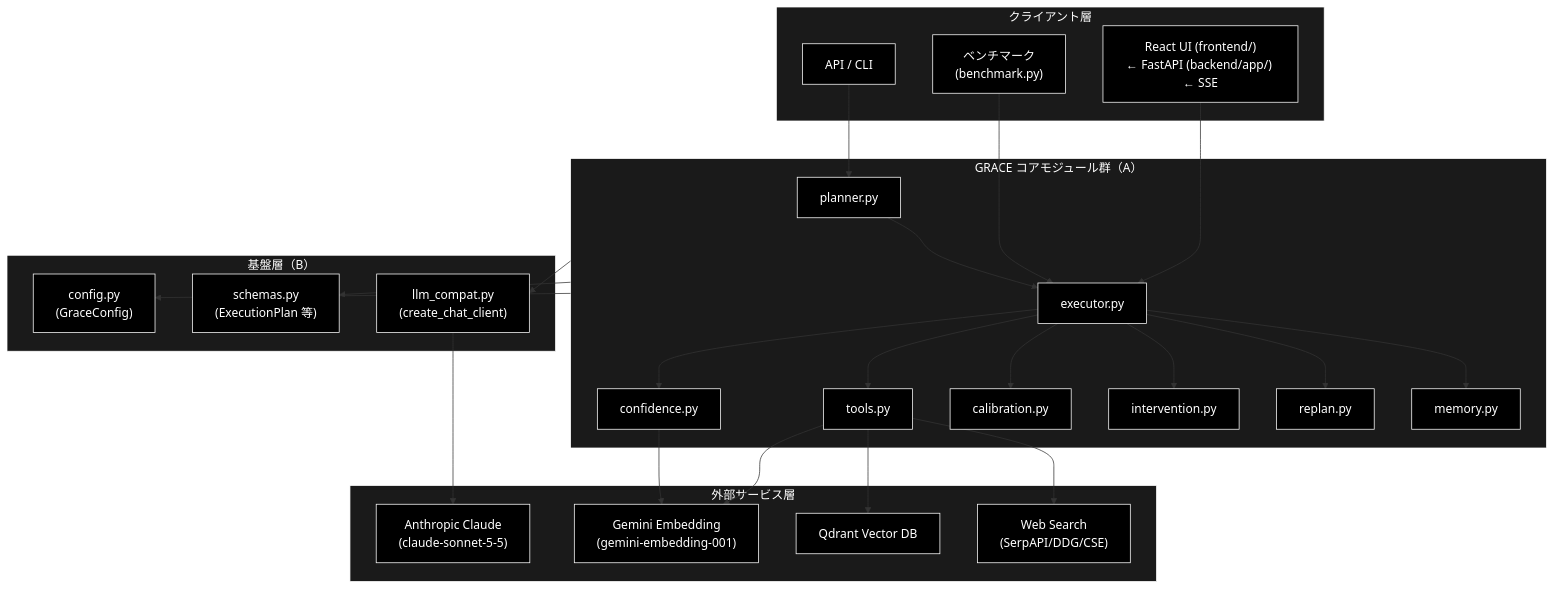
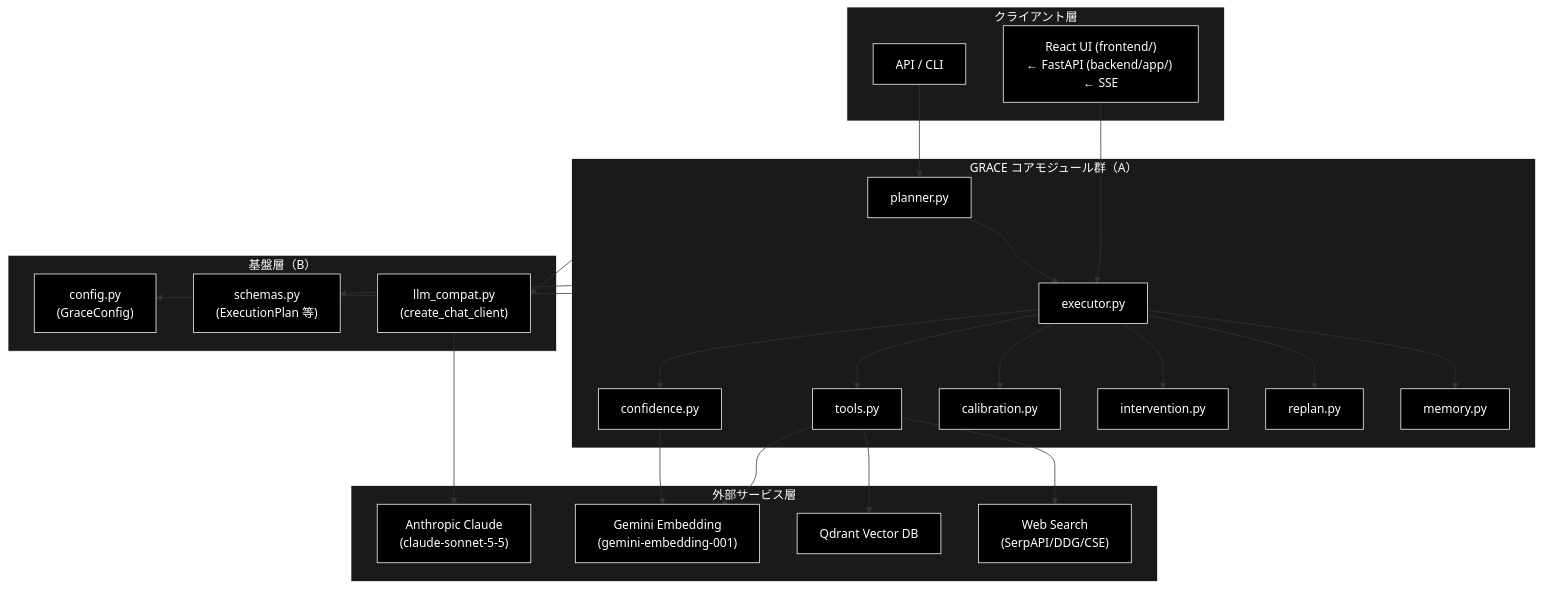
Before and after one commit to nakashima2toshio/grace_v2: the second of 7 diagrams in grace/docs/grace_core.md, drawn with Mermaid. The commit also changed other lines of this file and 19 other files, not shown here.

````diff
--- a/grace/docs/grace_core.md
+++ b/grace/docs/grace_core.md
@@ -150,60 +150,58 @@
 ```mermaid
 flowchart TB
     subgraph CLIENT["クライアント層"]
         UI["React UI (frontend/)<br>← FastAPI (backend/app/) ← SSE"]
-        BENCH["ベンチマーク<br>(benchmark.py)"]
         API["API / CLI"]
     end
 
     subgraph CORE["GRACE コアモジュール群（A）"]
         PLANNER["planner.py"]
         EXECUTOR["executor.py"]
         TOOLS["tools.py"]
         CONFIDENCE["confidence.py"]
         CALIBRATION["calibration.py"]
         INTERVENTION["intervention.py"]
         REPLAN["replan.py"]
         MEMORY["memory.py"]
     end
 
     subgraph FOUND["基盤層（B）"]
         CONFIG["config.py<br>(GraceConfig)"]
         SCHEMAS["schemas.py<br>(ExecutionPlan 等)"]
         LLMCOMPAT["llm_compat.py<br>(create_chat_client)"]
     end
 
     subgraph EXTERNAL["外部サービス層"]
         ANTHROPIC["Anthropic Claude<br>(claude-sonnet-5-5)"]
         GEMINI["Gemini Embedding<br>(gemini-embedding-001)"]
         QDRANT["Qdrant Vector DB"]
         WEB["Web Search<br>(SerpAPI/DDG/CSE)"]
     end
 
     UI --> EXECUTOR
-    BENCH --> EXECUTOR
     API --> PLANNER
     PLANNER --> EXECUTOR
     EXECUTOR --> TOOLS
     EXECUTOR --> CONFIDENCE
     EXECUTOR --> CALIBRATION
     EXECUTOR --> INTERVENTION
     EXECUTOR --> REPLAN
     EXECUTOR --> MEMORY
 
     CORE --> CONFIG
     CORE --> SCHEMAS
     CORE --> LLMCOMPAT
 
     LLMCOMPAT --> ANTHROPIC
     TOOLS --> GEMINI
     CONFIDENCE --> GEMINI
     TOOLS --> QDRANT
     TOOLS --> WEB
 classDef default fill:#000,stroke:#fff,color:#fff
 classDef subgraphStyle fill:#1a1a1a,stroke:#fff,color:#fff
-class UI,BENCH,API,PLANNER,EXECUTOR,TOOLS,CONFIDENCE,CALIBRATION,INTERVENTION,REPLAN,MEMORY,CONFIG,SCHEMAS,LLMCOMPAT,ANTHROPIC,GEMINI,QDRANT,WEB default
+class UI,API,PLANNER,EXECUTOR,TOOLS,CONFIDENCE,CALIBRATION,INTERVENTION,REPLAN,MEMORY,CONFIG,SCHEMAS,LLMCOMPAT,ANTHROPIC,GEMINI,QDRANT,WEB default
 style CLIENT fill:#1a1a1a,stroke:#fff,color:#fff
 style CORE fill:#1a1a1a,stroke:#fff,color:#fff
 style FOUND fill:#1a1a1a,stroke:#fff,color:#fff
 style EXTERNAL fill:#1a1a1a,stroke:#fff,color:#fff
 ```
````
